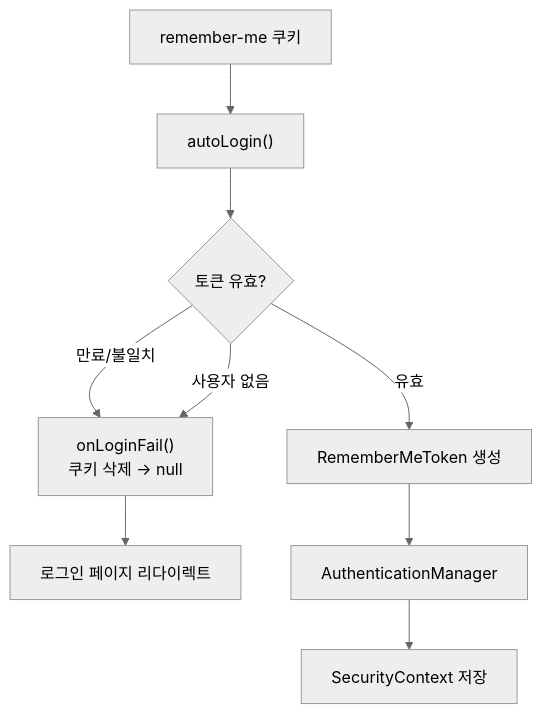
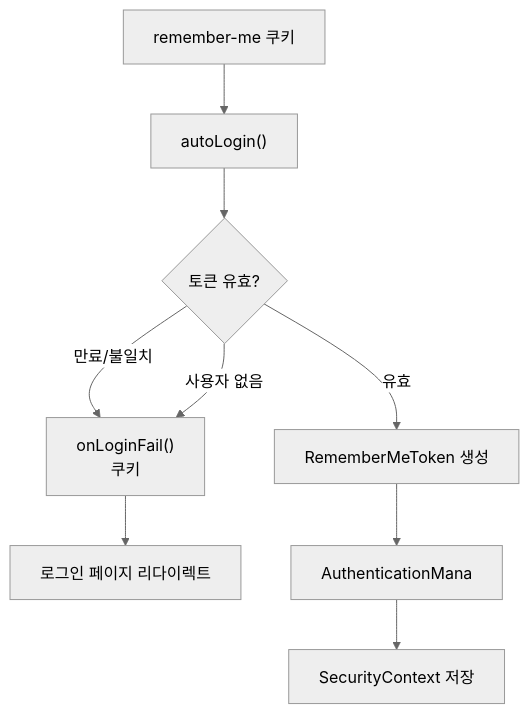
The second of 2 diagrams in _posts/security/2021-01-24-RememberMeAuthentication.md (yjkim2015/yjkim2015.github.io), drawn with Mermaid (neutral theme) before and after one commit. The commit also changed 271 other files, not shown here.

First line of the commit message:
Mermaid 라벨 축소: 긴 노드 텍스트 18자 이하로 트림 + \n 제거

````diff
--- a/_posts/security/2021-01-24-RememberMeAuthentication.md
+++ b/_posts/security/2021-01-24-RememberMeAuthentication.md
@@ -81,11 +81,11 @@
 ```mermaid
 flowchart TD
     A["remember-me 쿠키"] --> B["autoLogin()"]
     B --> C{"토큰 유효?"}
-    C -- "만료/불일치" --> D["onLoginFail()\n쿠키 삭제 → null"]
+    C -- "만료/불일치" --> D["onLoginFail()\n쿠키"]
     C -- "사용자 없음" --> D
     C -- "유효" --> E["RememberMeToken 생성"]
     D --> F["로그인 페이지 리다이렉트"]
-    E --> G["AuthenticationManager"]
+    E --> G["AuthenticationMana"]
     G --> F2["SecurityContext 저장"]
 ```
````
